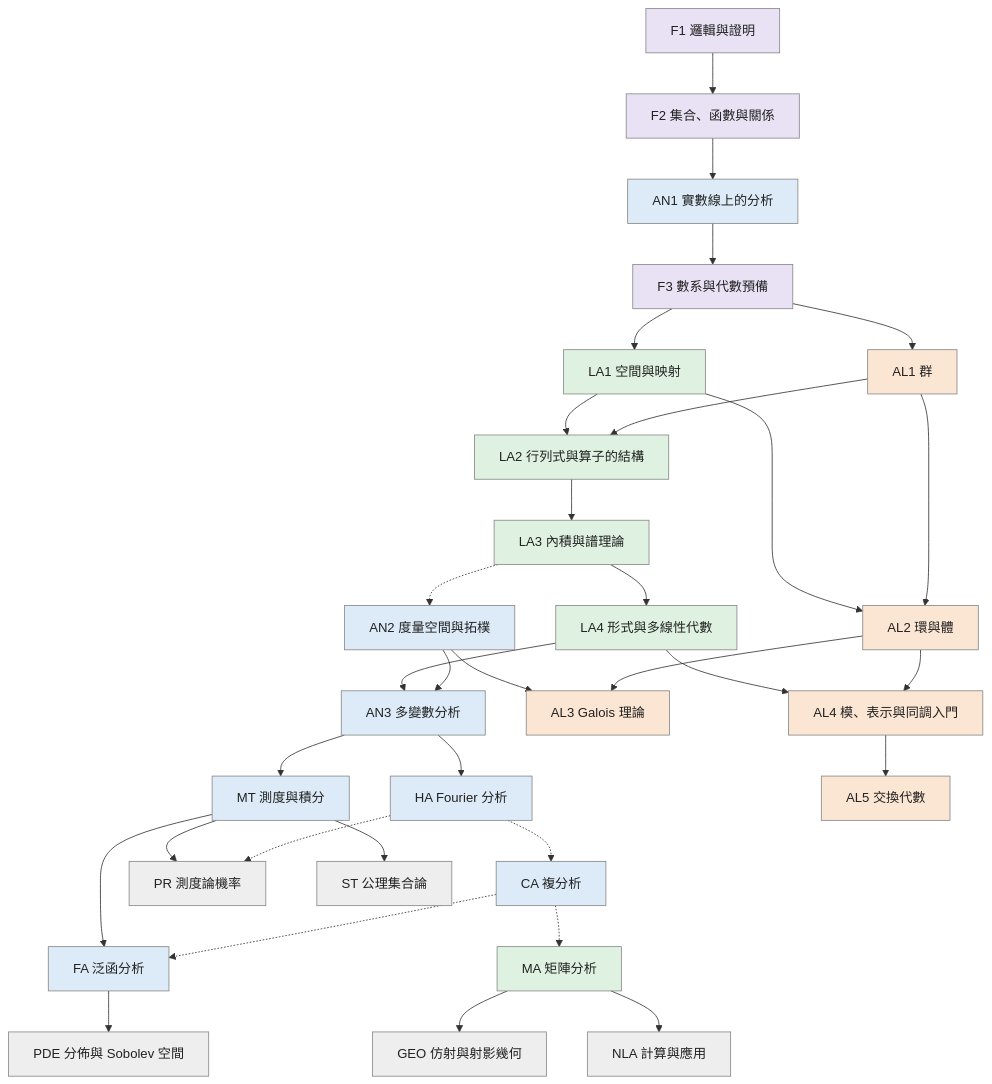
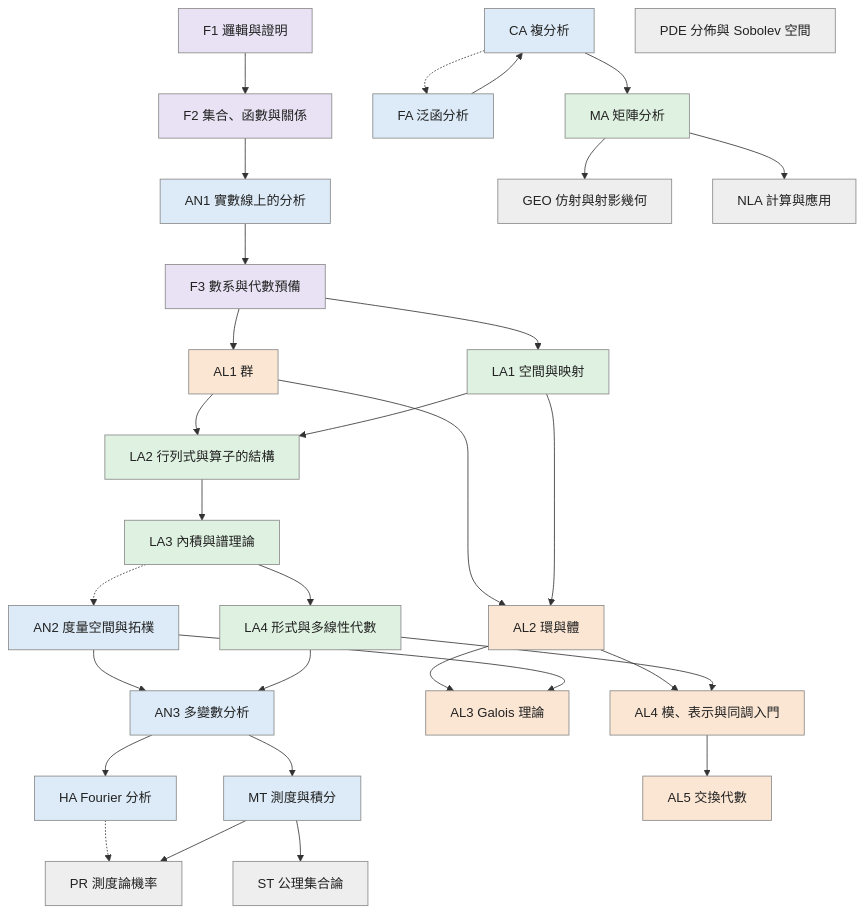
Before and after one commit to AkizumiFox/math-atlas: the diagram in generated/volumes.mmd, drawn with Mermaid. The commit also changed 16 other files, not shown here.

```diff
--- a/generated/volumes.mmd
+++ b/generated/volumes.mmd
@@ -1,62 +1,60 @@
 flowchart TD
   F1["F1 邏輯與證明"]:::found
   F2["F2 集合、函數與關係"]:::found
   AN1["AN1 實數線上的分析"]:::analysis
   F3["F3 數系與代數預備"]:::found
   LA1["LA1 空間與映射"]:::linalg
   AL1["AL1 群"]:::algebra
   LA2["LA2 行列式與算子的結構"]:::linalg
   LA3["LA3 內積與譜理論"]:::linalg
   LA4["LA4 形式與多線性代數"]:::linalg
   AN2["AN2 度量空間與拓樸"]:::analysis
   AN3["AN3 多變數分析"]:::analysis
   AL2["AL2 環與體"]:::algebra
   AL3["AL3 Galois 理論"]:::algebra
   HA["HA Fourier 分析"]:::analysis
   MT["MT 測度與積分"]:::analysis
   CA["CA 複分析"]:::analysis
   FA["FA 泛函分析"]:::analysis
   AL4["AL4 模、表示與同調入門"]:::algebra
   AL5["AL5 交換代數"]:::algebra
   MA["MA 矩陣分析"]:::linalg
   PR["PR 測度論機率"]:::side
   PDE["PDE 分佈與 Sobolev 空間"]:::side
   GEO["GEO 仿射與射影幾何"]:::side
   NLA["NLA 計算與應用"]:::side
   ST["ST 公理集合論"]:::side
   F1 --> F2
   F2 --> AN1
   AN1 --> F3
   F3 --> LA1
   F3 --> AL1
   AL1 --> LA2
   LA1 --> LA2
   LA2 --> LA3
   LA3 --> LA4
   LA3 -.-> AN2
   AN2 --> AN3
   LA4 --> AN3
   AL1 --> AL2
   LA1 --> AL2
   AL2 --> AL3
   AN2 --> AL3
   AN3 --> HA
   AN3 --> MT
-  HA -.-> CA
+  FA --> CA
   CA -.-> FA
-  MT --> FA
   AL2 --> AL4
   LA4 --> AL4
   AL4 --> AL5
-  CA -.-> MA
+  CA --> MA
   HA -.-> PR
   MT --> PR
-  FA --> PDE
   MA --> GEO
   MA --> NLA
   MT --> ST
   classDef found fill:#e8e2f4,stroke:#888,color:#222
   classDef analysis fill:#dcebf7,stroke:#888,color:#222
   classDef linalg fill:#dff2e1,stroke:#888,color:#222
   classDef algebra fill:#fbe6d4,stroke:#888,color:#222
   classDef side fill:#eeeeee,stroke:#888,color:#222
```
